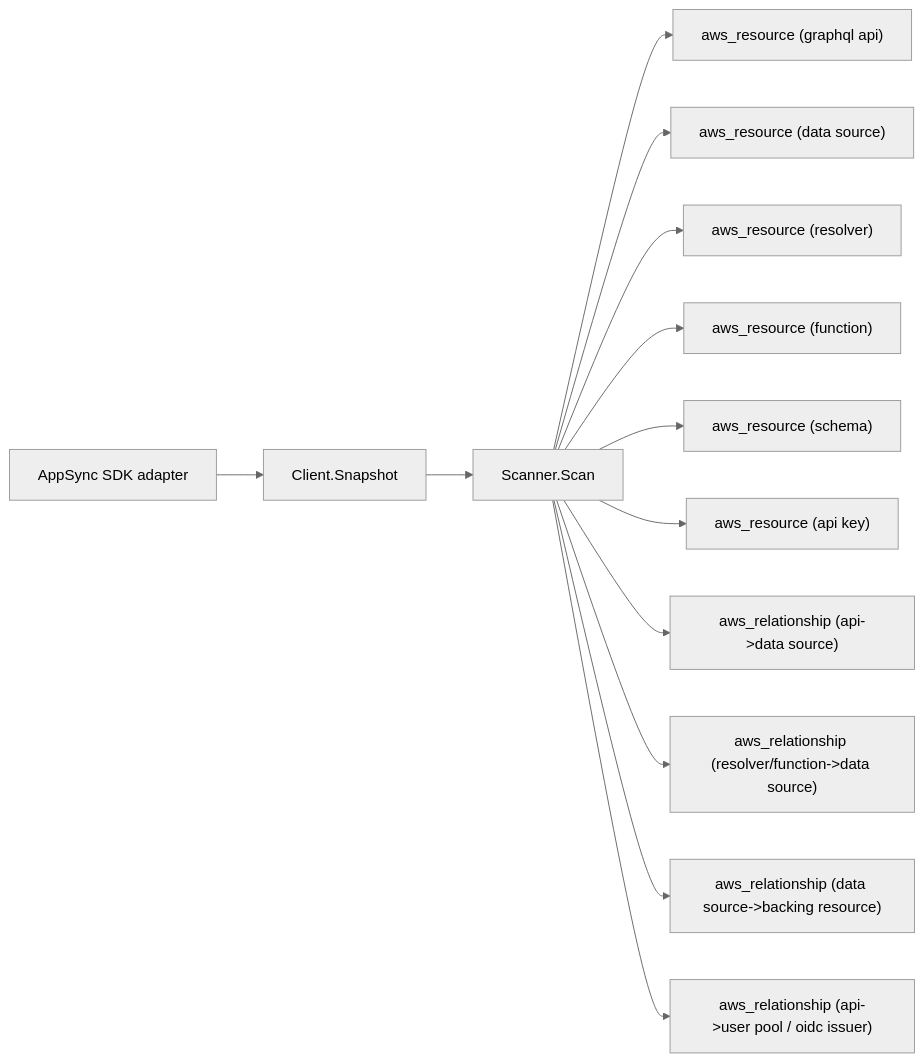
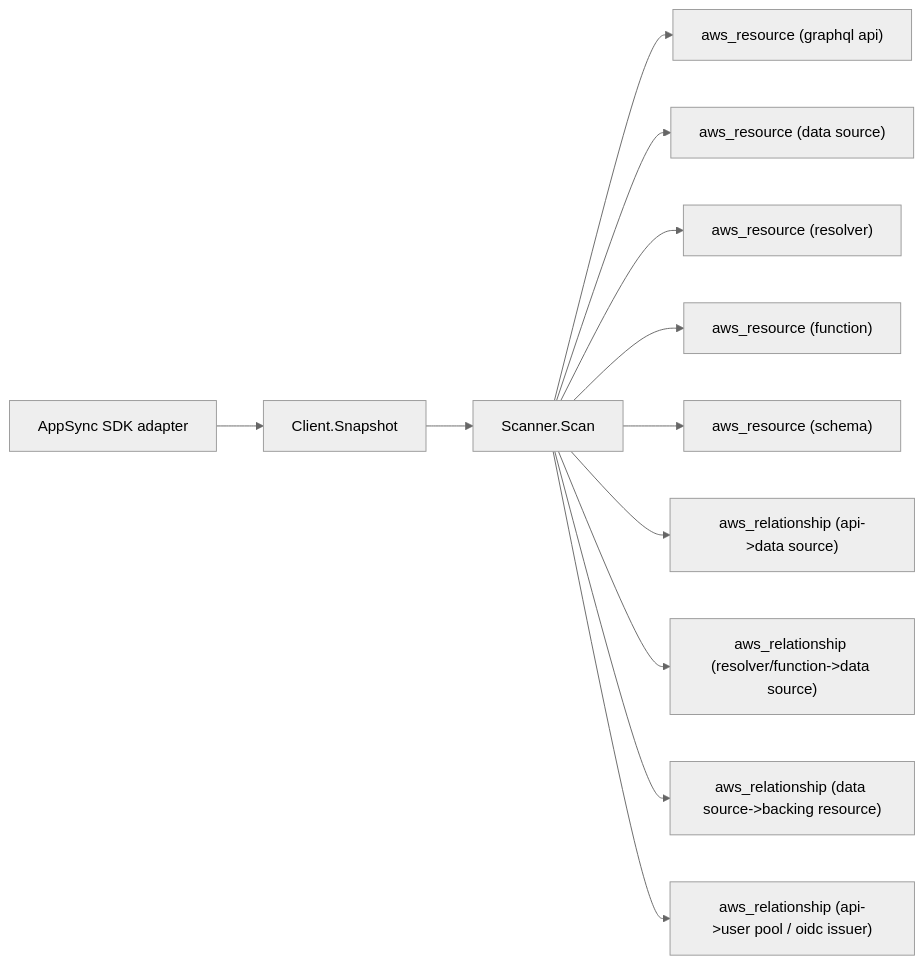
The diagram in go/internal/collector/awscloud/service/appsync/README.md (eshu-hq/eshu), drawn with Mermaid (neutral theme) before and after one commit. The commit also changed other lines of this file and 30 other files, not shown here.

First line of the commit message:
security: prevent AppSync API key disclosure

````diff
--- a/go/internal/collector/awscloud/service/appsync/README.md
+++ b/go/internal/collector/awscloud/service/appsync/README.md
@@ -19,15 +19,14 @@
 ```mermaid
 flowchart LR
   A["AppSync SDK adapter"] --> B["Client.Snapshot"]
   B --> C["Scanner.Scan"]
   C --> D["aws_resource (graphql api)"]
   C --> E["aws_resource (data source)"]
   C --> F["aws_resource (resolver)"]
   C --> G["aws_resource (function)"]
   C --> H["aws_resource (schema)"]
-  C --> I["aws_resource (api key)"]
   C --> J["aws_relationship (api->data source)"]
   C --> K["aws_relationship (resolver/function->data source)"]
   C --> L["aws_relationship (data source->backing resource)"]
   C --> M["aws_relationship (api->user pool / oidc issuer)"]
 ```
````
